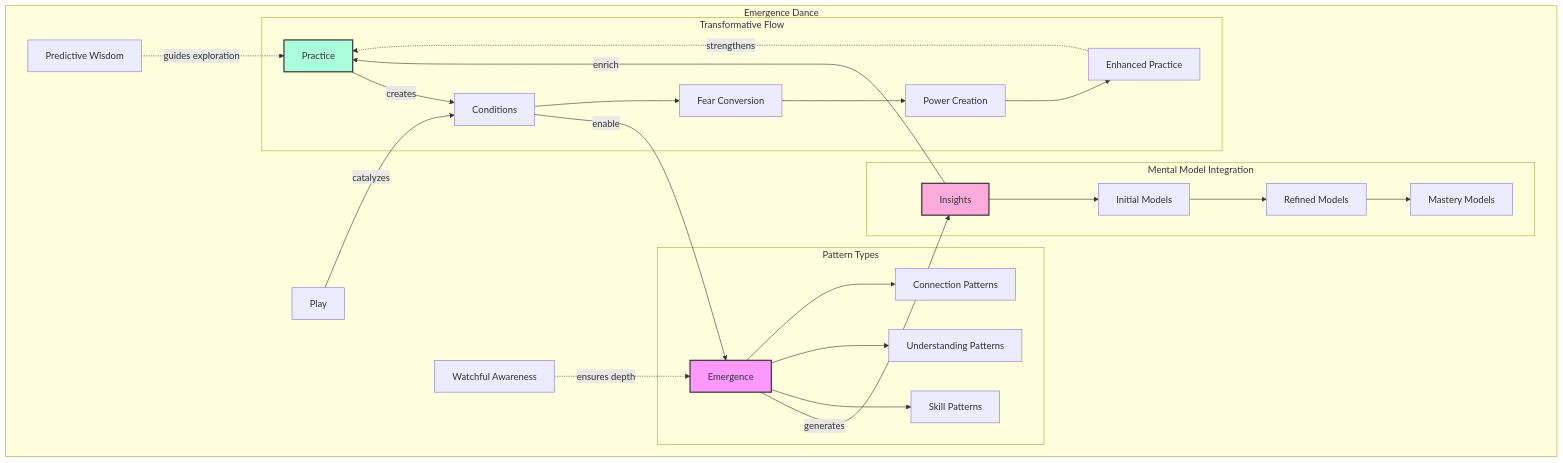
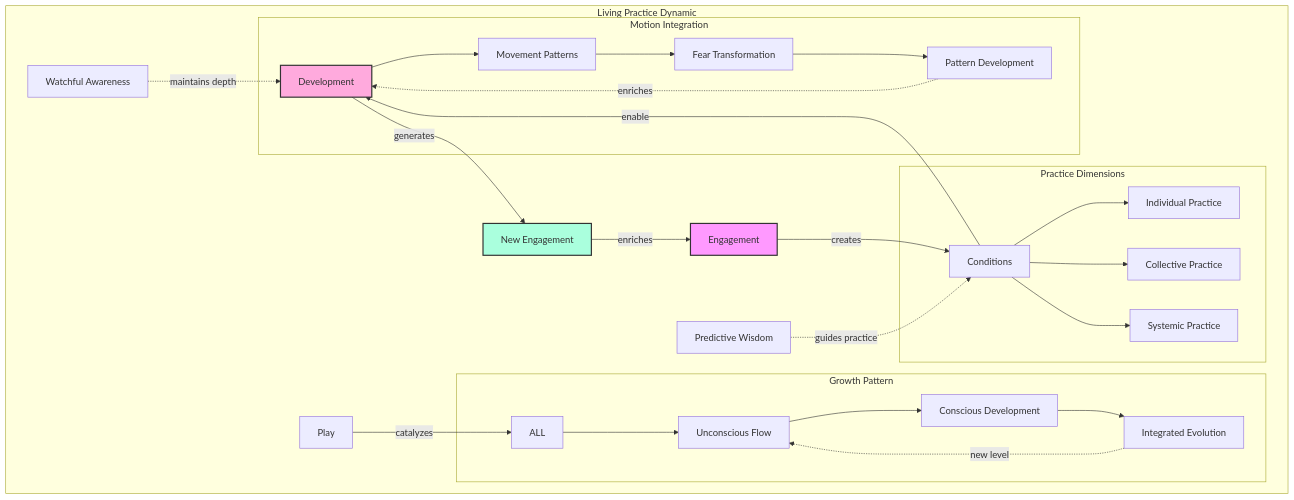
Before and after one commit to phillipclapham/neuroweaver: diagram 25 of 48 in README.md, drawn with Mermaid. The commit also changed other lines of this file and 1 other file, not shown here.

````diff
--- a/README.md
+++ b/README.md
@@ -1212,36 +1584,37 @@
 ```mermaid
 graph TD
-    subgraph "Emergence Dance"
-        P[Practice] -->|creates| C[Conditions]
-        C -->|enable| E[Emergence]
-        E -->|generates| I[Insights]
-        I -->|enrich| P
+    subgraph "Living Practice Dynamic"
+        E[Engagement] -->|creates| C[Conditions]
+        C -->|enable| D[Development]
+        D -->|generates| N[New Engagement]
+        N -->|enriches| E
 
-        PW[Predictive Wisdom] -.->|guides exploration| P
-        WA[Watchful Awareness] -.->|ensures depth| E
-        Play[Play] -->|catalyzes| C
+        PW[Predictive Wisdom] -.->|guides practice| C
+        WA[Watchful Awareness] -.->|maintains depth| D
+        Play[Play] -->|catalyzes| ALL
 
-        subgraph "Pattern Types"
-            E --> SP[Skill Patterns]
-            E --> UP[Understanding Patterns]
-            E --> CP[Connection Patterns]
+        subgraph "Practice Dimensions"
+            C --> IP[Individual Practice]
+            C --> CP[Collective Practice]
+            C --> SP[Systemic Practice]
         end
 
-        subgraph "Mental Model Integration"
-            I --> IM[Initial Models]
-            IM --> RM[Refined Models]
-            RM --> MM[Mastery Models]
+        subgraph "Growth Pattern"
+            ALL --> U[Unconscious Flow]
+            U --> CO[Conscious Development]
+            CO --> I[Integrated Evolution]
+            I -.->|new level| U
         end
 
-        subgraph "Transformative Flow"
-            C --> FC[Fear Conversion]
-            FC --> PC[Power Creation]
-            PC --> EP[Enhanced Practice]
-            EP -.->|strengthens| P
+        subgraph "Motion Integration"
+            D --> MP[Movement Patterns]
+            MP --> FT[Fear Transformation]
+            FT --> PD[Pattern Development]
+            PD -.->|enriches| D
         end
     end
 
     style E fill:#f9f,stroke:#333,stroke-width:2px
-    style I fill:#fad,stroke:#333,stroke-width:2px
-    style P fill:#afd,stroke:#333,stroke-width:2px
+    style D fill:#fad,stroke:#333,stroke-width:2px
+    style N fill:#afd,stroke:#333,stroke-width:2px
 ```
````
